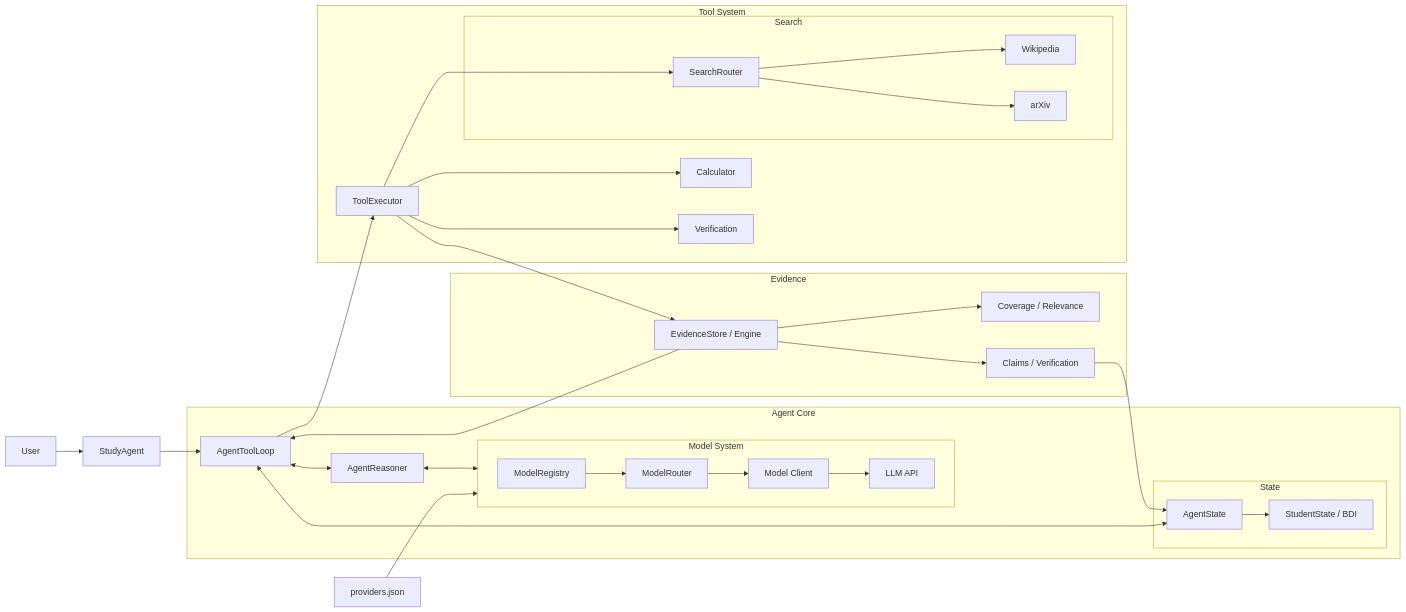
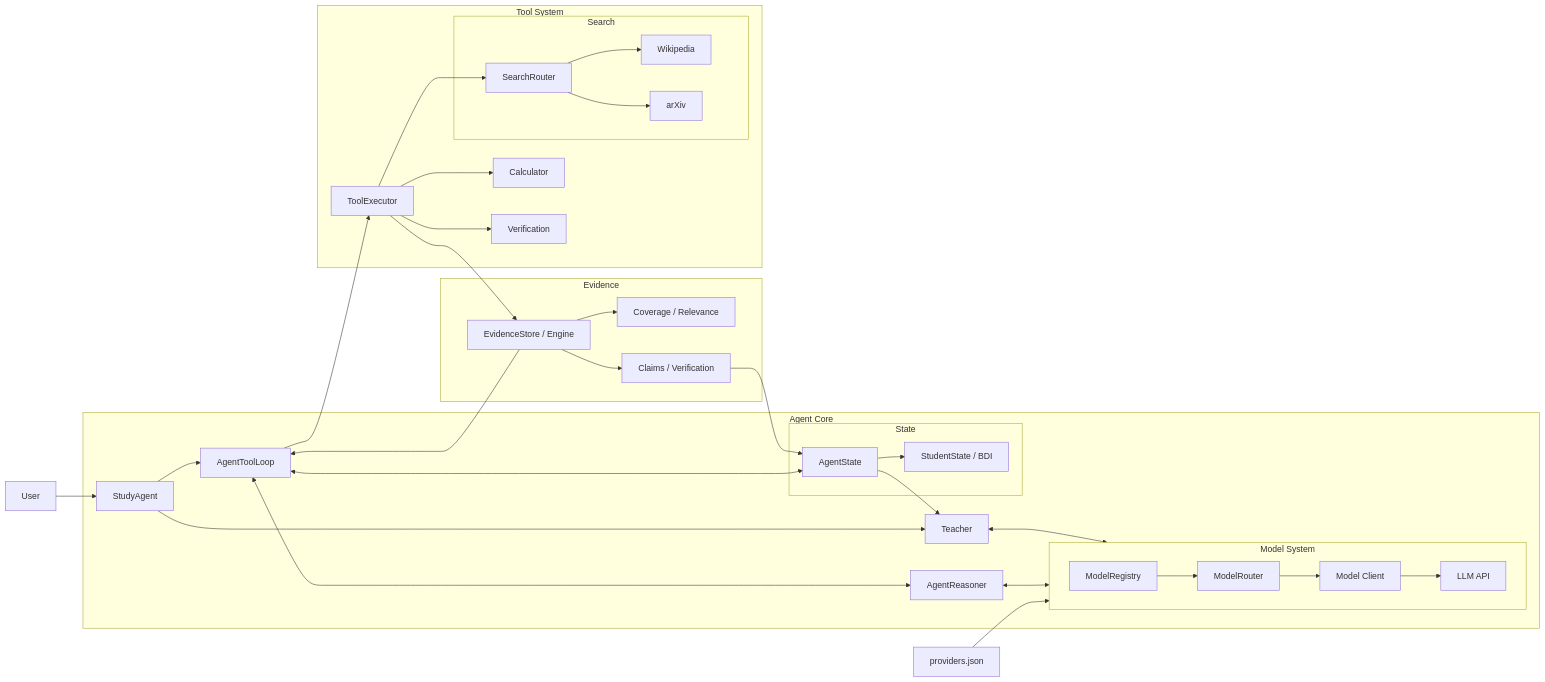
The first of 3 diagrams in README.md (Erdoschn/Study-agent), drawn with Mermaid before and after one commit.

Commit message:
document Teacher in Study Agent architecture

````diff
--- a/README.md
+++ b/README.md
@@ -3,55 +3,59 @@
 ```mermaid
 flowchart LR
 
     USER["User"] --> SA["StudyAgent"] --> LOOP["AgentToolLoop"]
 
     subgraph CORE["Agent Core"]
         LOOP <--> REASONER["AgentReasoner"]
+        TEACHER["Teacher"]
 
         subgraph STATE["State"]
             AS["AgentState"]
             STUDENT["StudentState / BDI"]
             AS --> STUDENT
         end
 
         subgraph MODEL["Model System"]
             direction LR
             REGISTRY["ModelRegistry"] --> ROUTER["ModelRouter"] --> CLIENT["Model Client"] --> LLM["LLM API"]
         end
 
         LOOP <--> AS
+        SA --> TEACHER
+        AS --> TEACHER
     end
 
     subgraph EVIDENCE["Evidence"]
         EVI["EvidenceStore / Engine"]
         COVERAGE["Coverage / Relevance"]
         CLAIM["Claims / Verification"]
 
         EVI --> COVERAGE
         EVI --> CLAIM
     end
 
     subgraph TOOLS["Tool System"]
         EXECUTOR["ToolExecutor"]
 
         subgraph SEARCH["Search"]
             SEARCH_ROUTER["SearchRouter"] --> WIKI["Wikipedia"]
             SEARCH_ROUTER --> ARXIV["arXiv"]
         end
 
         CALC["Calculator"]
         VERIFY["Verification"]
 
         EXECUTOR --> SEARCH_ROUTER
         EXECUTOR --> CALC
         EXECUTOR --> VERIFY
     end
 
     CONFIG["providers.json"] --> MODEL
 
     REASONER <--> MODEL
+    TEACHER <--> MODEL
     LOOP --> EXECUTOR
     EXECUTOR --> EVI
     EVI --> LOOP
     CLAIM --> AS
 ```
````
